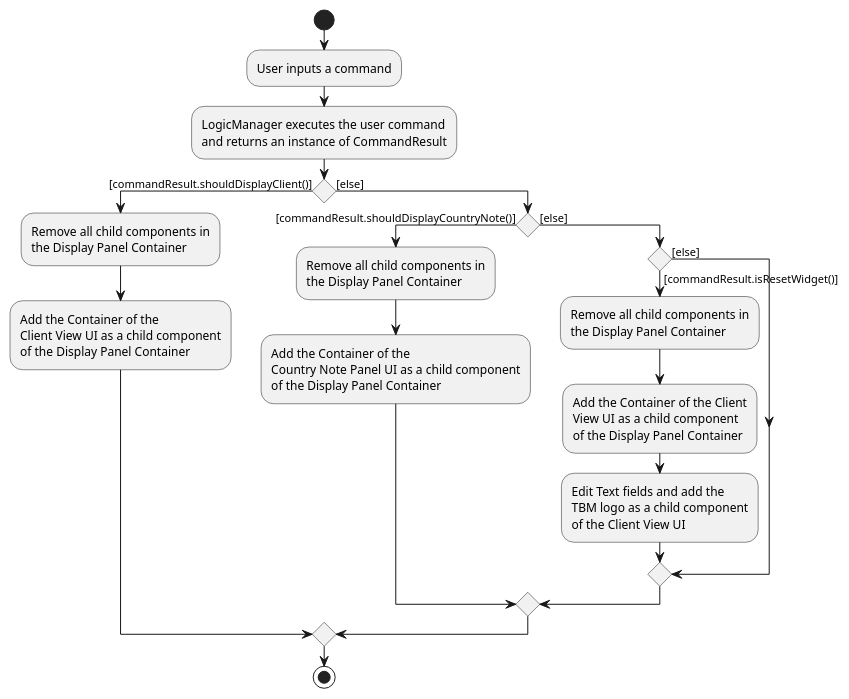
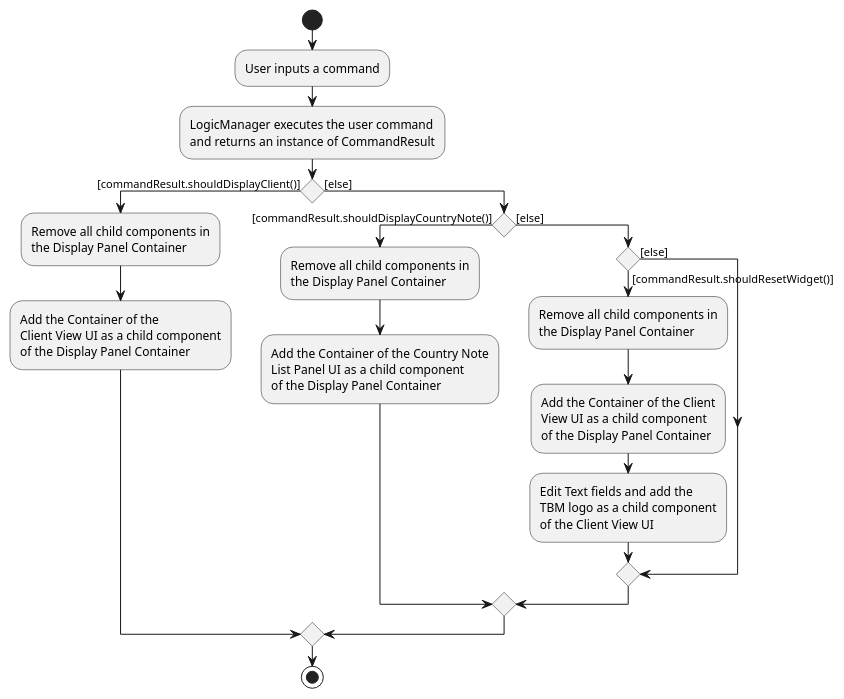
Before and after one commit to rtshkmr/tp: the diagram in docs/diagrams/CountryNotePanelClientViewActDiag.puml, drawn with PlantUML. The commit also changed 1 other file, not shown here.

Commit message:
Update command result details

```diff
--- a/docs/diagrams/CountryNotePanelClientViewActDiag.puml
+++ b/docs/diagrams/CountryNotePanelClientViewActDiag.puml
@@ -1,39 +1,39 @@
 @startuml
 start
 :User inputs a command;
 
 'Since the beta syntax does not support placing the condition outside the
 'diamond we place it as the true branch instead.
 
 :LogicManager executes the user command
 and returns an instance of CommandResult;
 
 if () then ([commandResult.shouldDisplayClient()])
     :Remove all child components in
     the Display Panel Container;
     :Add the Container of the
     Client View UI as a child component
     of the Display Panel Container;
 else ([else])
   if () then ([commandResult.shouldDisplayCountryNote()])
       :Remove all child components in
       the Display Panel Container;
-      :Add the Container of the
-      Country Note Panel UI as a child component
+      :Add the Container of the Country Note
+      List Panel UI as a child component
       of the Display Panel Container;
   else ([else])
-    if () then ([commandResult.isResetWidget()])
+    if () then ([commandResult.shouldResetWidget()])
       :Remove all child components in
       the Display Panel Container;
       :Add the Container of the Client
       View UI as a child component
       of the Display Panel Container;
       :Edit Text fields and add the
       TBM logo as a child component
       of the Client View UI;
     else ([else])
     endif
   endif
 endif
 stop
 @enduml
```
